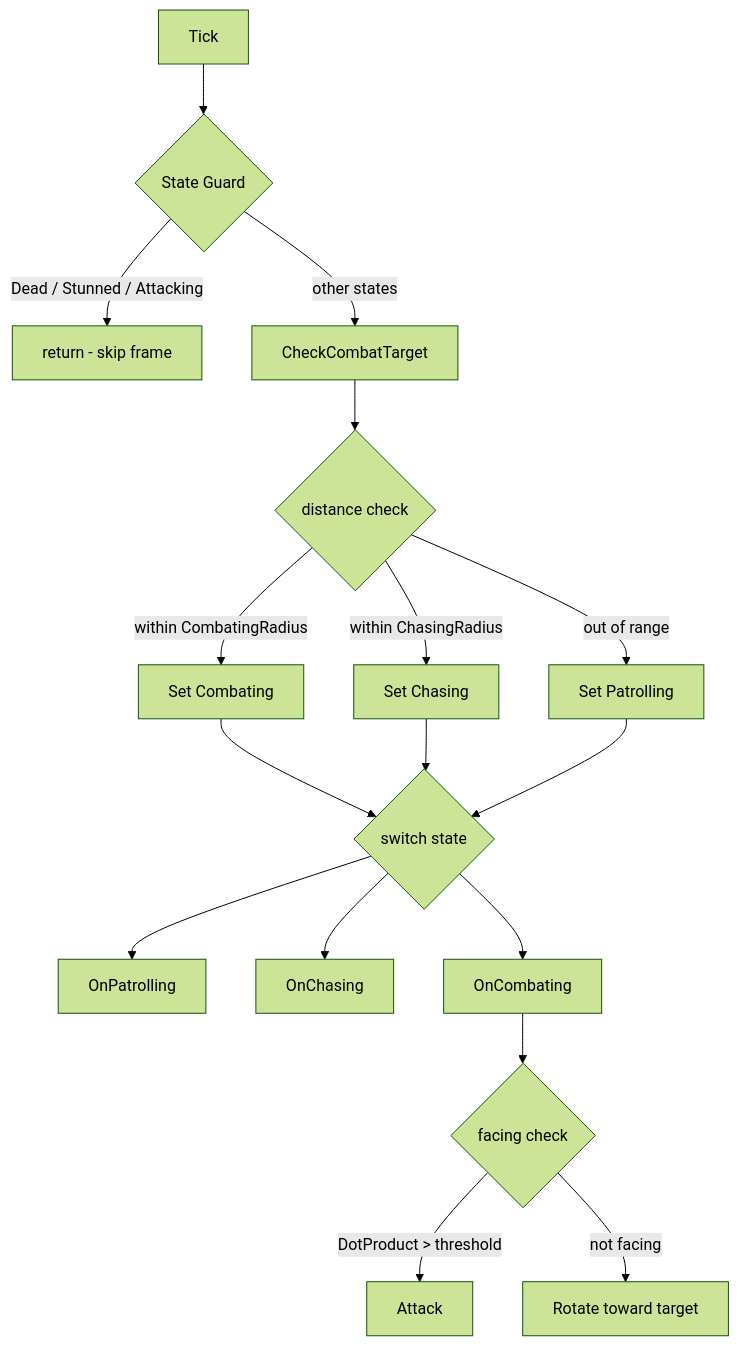
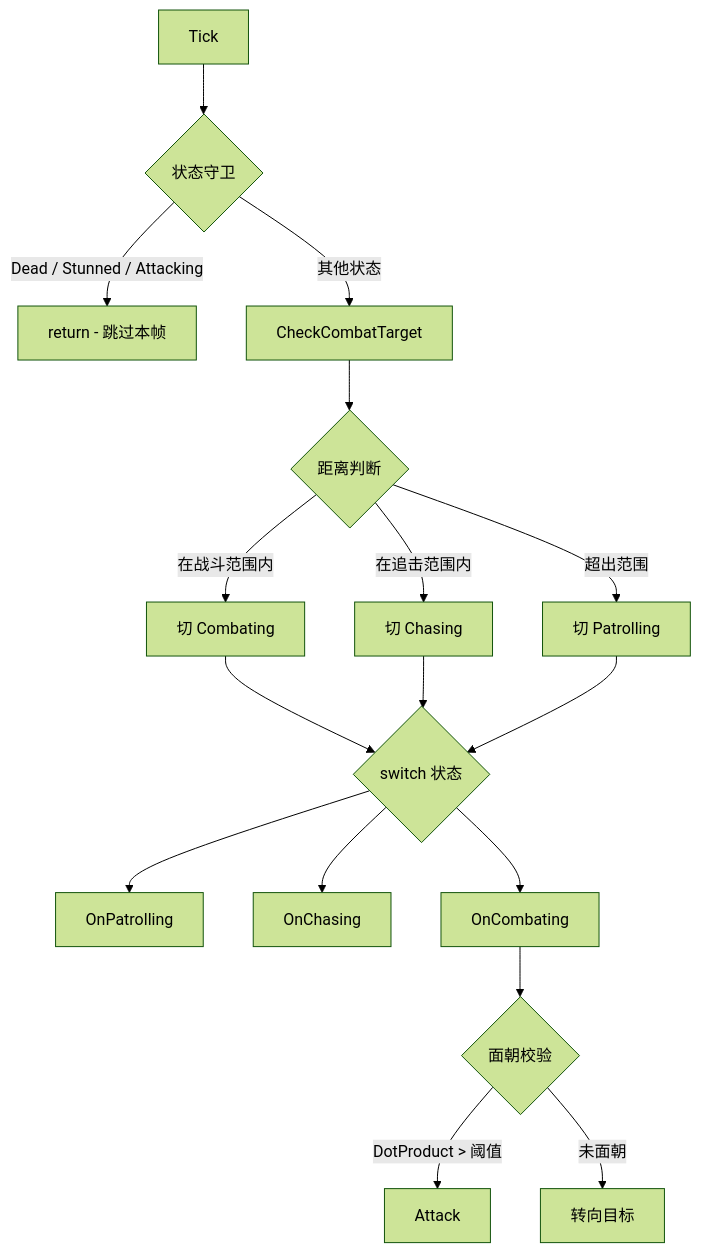
One commit to Kulahala/UE5.7Project changed the second of 3 diagrams in README.md. Above: the diagram before and after it, drawn with Mermaid (forest theme). The commit also changed other lines of this file and 19 other files, not shown here.

````diff
--- a/README.md
+++ b/README.md
@@ -127,19 +127,19 @@
 ```mermaid
 flowchart TD
-    A[Tick] --> B{State Guard}
-    B -->|Dead / Stunned / Attacking| C[return - skip frame]
-    B -->|other states| D[CheckCombatTarget]
-    D --> E{distance check}
-    E -->|within CombatingRadius| F[Set Combating]
-    E -->|within ChasingRadius| G[Set Chasing]
-    E -->|out of range| H[Set Patrolling]
-    F --> I{switch state}
+    A[Tick] --> B{状态守卫}
+    B -->|Dead / Stunned / Attacking| C[return - 跳过本帧]
+    B -->|其他状态| D[CheckCombatTarget]
+    D --> E{距离判断}
+    E -->|在战斗范围内| F[切 Combating]
+    E -->|在追击范围内| G[切 Chasing]
+    E -->|超出范围| H[切 Patrolling]
+    F --> I{switch 状态}
     G --> I
     H --> I
     I --> J[OnPatrolling]
     I --> K[OnChasing]
     I --> L[OnCombating]
-    L --> M{facing check}
-    M -->|DotProduct > threshold| N[Attack]
-    M -->|not facing| O[Rotate toward target]
+    L --> M{面朝校验}
+    M -->|DotProduct > 阈值| N[Attack]
+    M -->|未面朝| O[转向目标]
 ```
````
